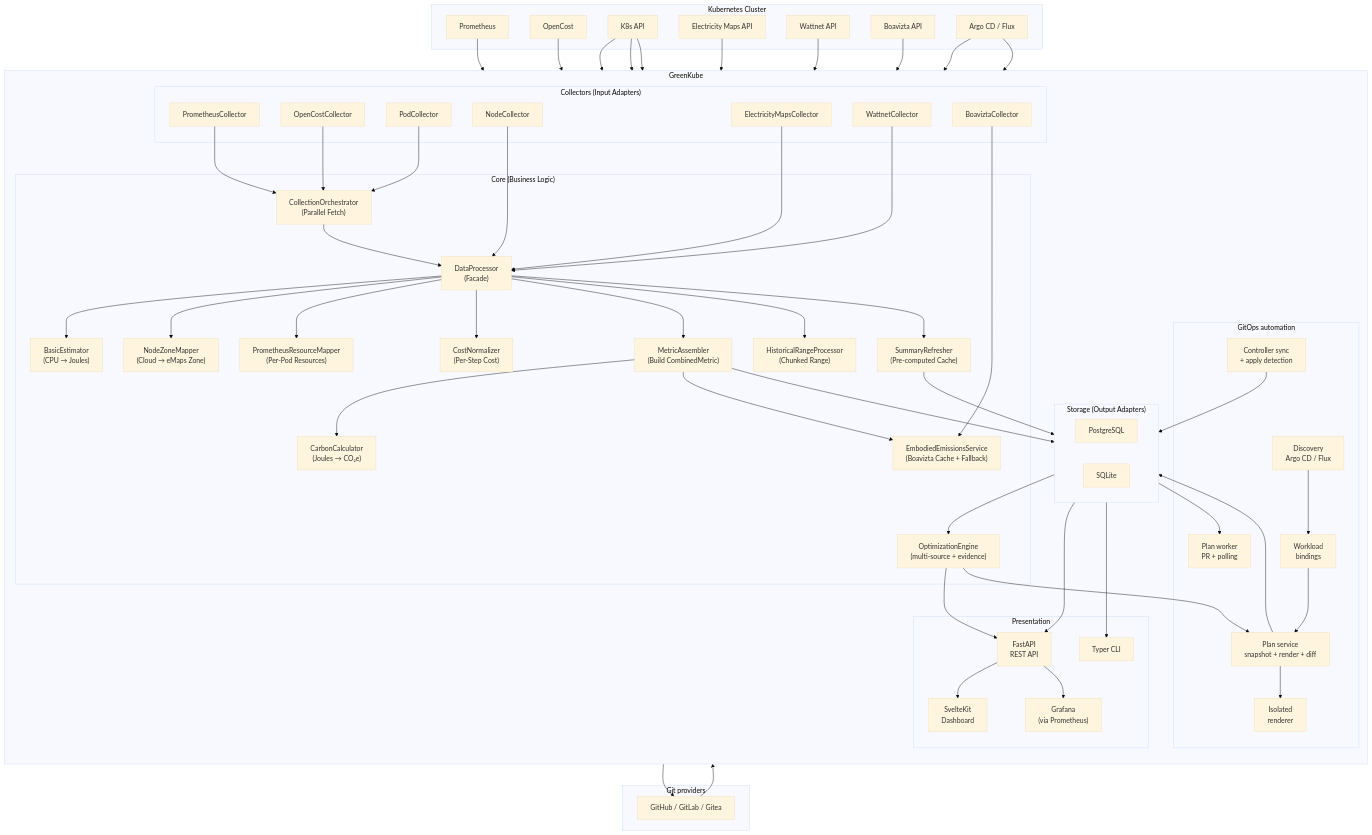
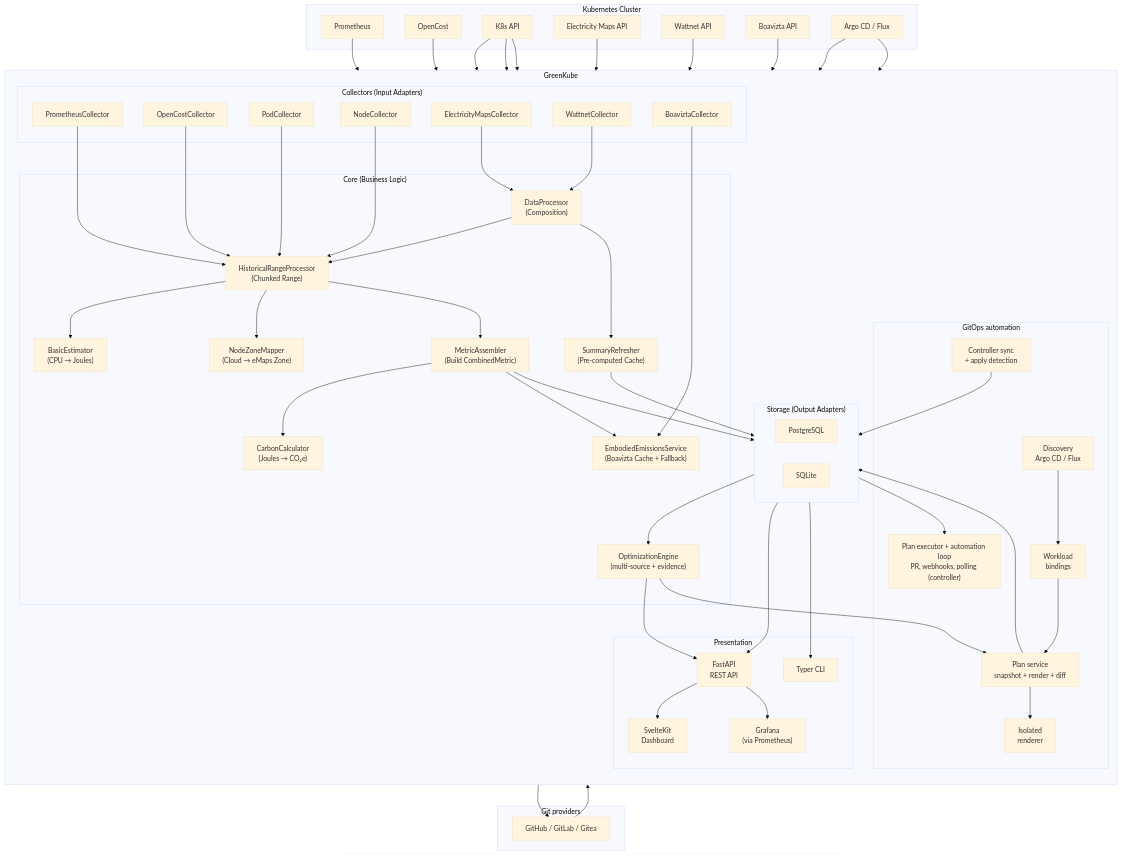
The first of 2 diagrams in docs/architecture.md (GreenKubeCloud/GreenKube), drawn with Mermaid (base theme) before and after one commit. The commit also changed other lines of this file and 61 other files, not shown here.

Commit message:
chore: publish helm chart v0.4.0

```diff
--- a/docs/architecture.md
+++ b/docs/architecture.md
@@ -33,14 +42,11 @@
         end
 
         subgraph Core["Core (Business Logic)"]
-            DP["DataProcessor<br/>(Facade)"]
-            CO["CollectionOrchestrator<br/>(Parallel Fetch)"]
+            DP["DataProcessor<br/>(Composition)"]
             Est["BasicEstimator<br/>(CPU → Joules)"]
             Calc["CarbonCalculator<br/>(Joules → CO₂e)"]
             MA["MetricAssembler<br/>(Build CombinedMetric)"]
             NZM["NodeZoneMapper<br/>(Cloud → eMaps Zone)"]
-            PRM["PrometheusResourceMapper<br/>(Per-Pod Resources)"]
-            CN["CostNormalizer<br/>(Per-Step Cost)"]
             ESvc["EmbodiedEmissionsService<br/>(Boavizta Cache + Fallback)"]
             SR["SummaryRefresher<br/>(Pre-computed Cache)"]
             HRP["HistoricalRangeProcessor<br/>(Chunked Range)"]
@@ -57,7 +63,7 @@
             Bind["Workload<br/>bindings"]
             PlanSvc["Plan service<br/>snapshot + render + diff"]
             Renderer["Isolated<br/>renderer"]
-            Worker["Plan worker<br/>PR + polling"]
+            Worker["Plan executor + automation loop<br/>PR, webhooks, polling (controller)"]
             Sync["Controller sync<br/>+ apply detection"]
         end
 
@@ -77,23 +83,19 @@
     WN --> WNC
     Boavizta --> BC
 
-    PC --> CO
-    OCC --> CO
-    PodC --> CO
-    NC --> DP
-
-    CO --> DP
+    PC --> HRP
+    OCC --> HRP
+    PodC --> HRP
+    NC --> HRP
     EMC --> DP
     WNC --> DP
     BC --> ESvc
 
-    DP --> Est
-    DP --> NZM
-    DP --> PRM
-    DP --> CN
-    DP --> MA
     DP --> HRP
     DP --> SR
+    HRP --> Est
+    HRP --> NZM
+    HRP --> MA
 
     MA --> Calc
     MA --> ESvc
```
